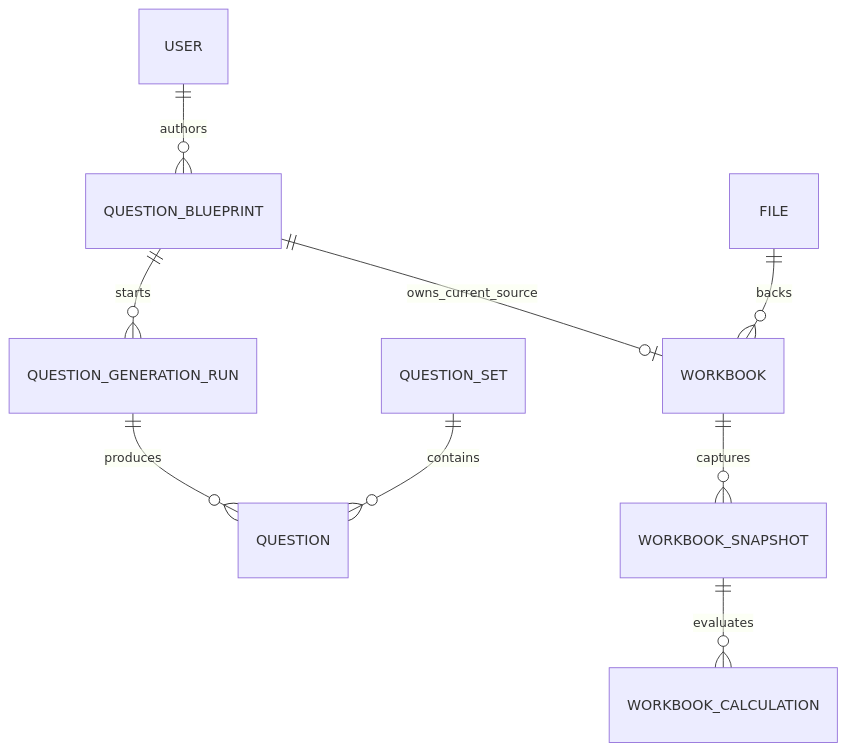
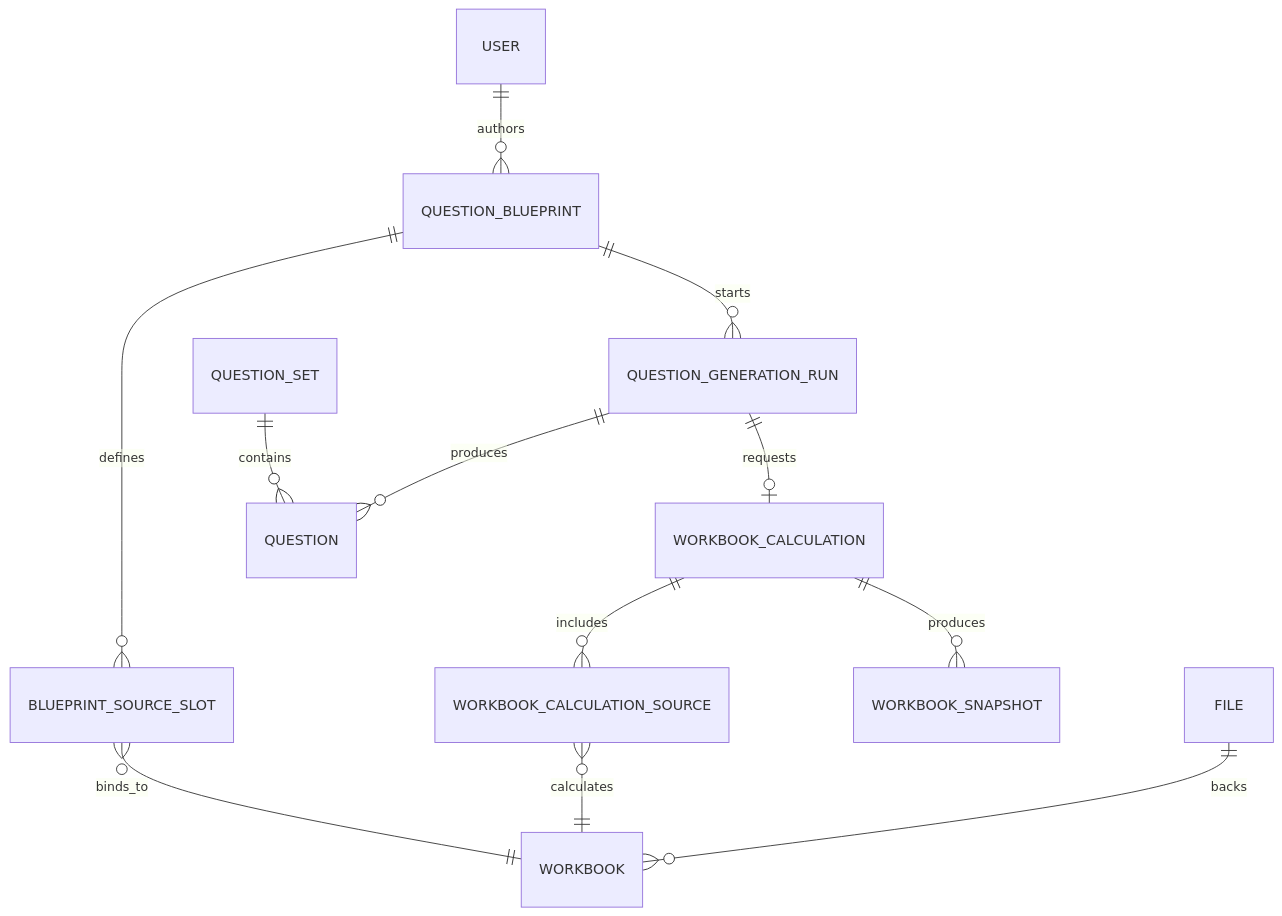
The diagram in docs/domain-model.md (alirostami1/lemma), drawn with Mermaid before and after one commit. The commit also changed other lines of this file and 1286 other files, not shown here.

First line of the commit message:
feat(web): support multi-workbook blueprint sources (#94)

````diff
--- a/docs/domain-model.md
+++ b/docs/domain-model.md
@@ -18,11 +18,17 @@
 ```mermaid
 erDiagram
   USER ||--o{ QUESTION_BLUEPRINT : authors
+  QUESTION_BLUEPRINT ||--o{ BLUEPRINT_SOURCE_SLOT : defines
+  BLUEPRINT_SOURCE_SLOT }o--|| WORKBOOK : binds_to
+
   QUESTION_BLUEPRINT ||--o{ QUESTION_GENERATION_RUN : starts
   QUESTION_GENERATION_RUN ||--o{ QUESTION : produces
+  QUESTION_GENERATION_RUN ||--o| WORKBOOK_CALCULATION : requests
+
+  WORKBOOK_CALCULATION ||--o{ WORKBOOK_CALCULATION_SOURCE : includes
+  WORKBOOK_CALCULATION_SOURCE }o--|| WORKBOOK : calculates
+  WORKBOOK_CALCULATION ||--o{ WORKBOOK_SNAPSHOT : produces
+
   QUESTION_SET ||--o{ QUESTION : contains
-  QUESTION_BLUEPRINT ||--o| WORKBOOK : owns_current_source
-  WORKBOOK ||--o{ WORKBOOK_SNAPSHOT : captures
-  WORKBOOK_SNAPSHOT ||--o{ WORKBOOK_CALCULATION : evaluates
   FILE ||--o{ WORKBOOK : backs
 ```
````
